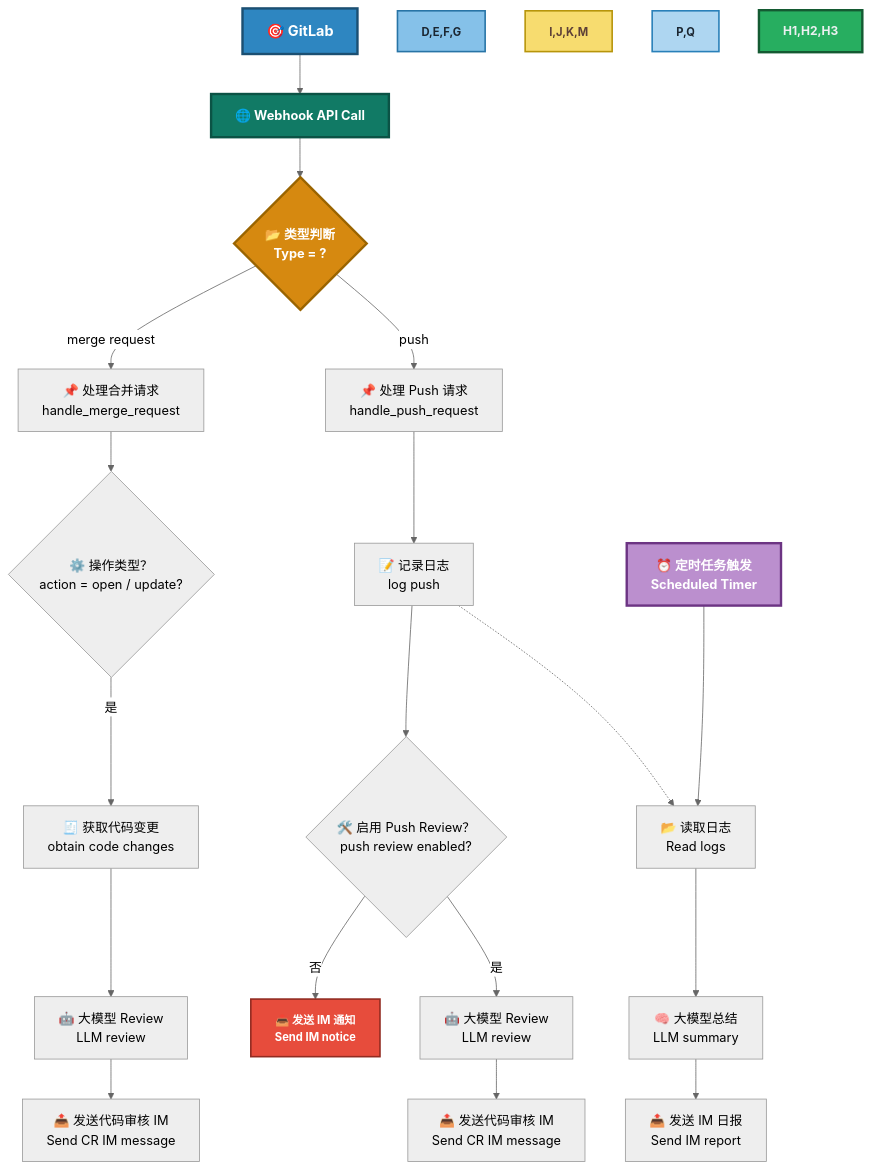
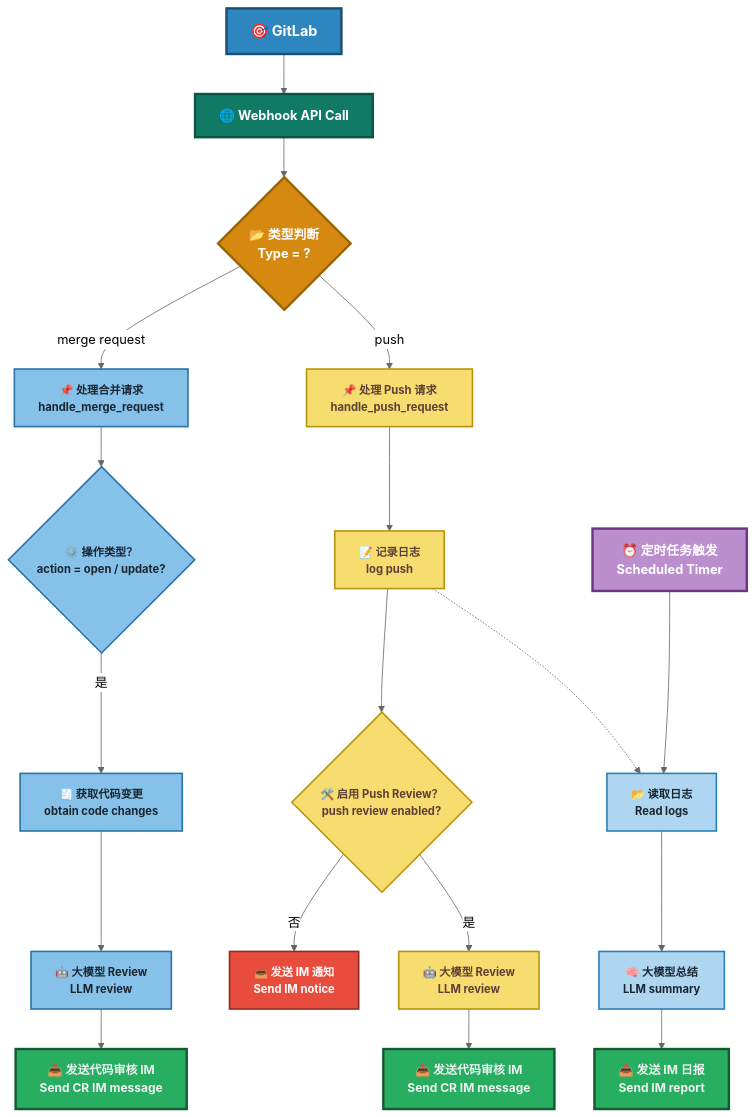
The diagram in PROCESS.md (shuiwujiao/Easy-AI-CodeReview), drawn with Mermaid (neutral theme) before and after one commit. The commit also changed 1 other file, not shown here.

Commit message:
change: 修改env

````diff
--- a/PROCESS.md
+++ b/PROCESS.md
@@ -1,43 +1,55 @@
 ```mermaid
 flowchart TD
     A["🎯 GitLab"] --> B["🌐 Webhook API Call"]
     B --> C{"📂 类型判断<br/>Type = ?"}
     
     %% Merge Request 流程
     C -- "merge request" --> D["📌 处理合并请求<br/>handle_merge_request"]
     D --> E{"⚙️ 操作类型？<br/>action = open / update?"}
     E -- "是" --> F["🧾 获取代码变更<br/>obtain code changes"]
     F --> G["🤖 大模型 Review<br/>LLM review"]
     G --> H1["📤 发送代码审核 IM<br/>Send CR IM message"]
     
     %% Push 流程
     C -- "push" --> I["📌 处理 Push 请求<br/>handle_push_request"]
     I --> J["📝 记录日志<br/>log push"]
     J --> K{"🛠️ 启用 Push Review？<br/>push review enabled?"}
     K -- "否" --> L["📤 发送 IM 通知<br/>Send IM notice"]
     K -- "是" --> M["🤖 大模型 Review<br/>LLM review"]
     M --> H2["📤 发送代码审核 IM<br/>Send CR IM message"]
 
     %% 定时任务流程
     Z["⏰ 定时任务触发<br/>Scheduled Timer"] --> P["📂 读取日志<br/>Read logs"]
     P --> Q["🧠 大模型总结<br/>LLM summary"]
     Q --> H3["📤 发送 IM 日报<br/>Send IM report"]
 
     %% 虚线提示：日志来源
     J -.-> P
 
-    %% 明显颜色区分模块
+    %% 样式统一应用，避免遗漏
     style A fill:#2E86C1,stroke:#1B4F72,stroke-width:3px,color:#FFFFFF,font-weight:bold,font-size:18px
     style B fill:#117A65,stroke:#0B5345,stroke-width:3px,color:#FFFFFF,font-weight:bold,font-size:16px
     style C fill:#D68910,stroke:#9A6400,stroke-width:3px,color:#FFFFFF,font-weight:bold,font-size:16px
 
-    style D,E,F,G fill:#85C1E9,stroke:#2874A6,stroke-width:2px,color:#1B2631,font-weight:bold,font-size:14px
-    style I,J,K,M fill:#F7DC6F,stroke:#B7950B,stroke-width:2px,color:#5D4037,font-weight:bold,font-size:14px
-    style P,Q fill:#AED6F1,stroke:#2980B9,stroke-width:2px,color:#1B2631,font-weight:bold,font-size:14px
+    style D fill:#85C1E9,stroke:#2874A6,stroke-width:2px,color:#1B2631,font-weight:bold,font-size:14px
+    style E fill:#85C1E9,stroke:#2874A6,stroke-width:2px,color:#1B2631,font-weight:bold,font-size:14px
+    style F fill:#85C1E9,stroke:#2874A6,stroke-width:2px,color:#1B2631,font-weight:bold,font-size:14px
+    style G fill:#85C1E9,stroke:#2874A6,stroke-width:2px,color:#1B2631,font-weight:bold,font-size:14px
 
-    style H1,H2,H3 fill:#27AE60,stroke:#145A32,stroke-width:3px,color:#ECF0F1,font-weight:bold,font-size:15px
+    style I fill:#F7DC6F,stroke:#B7950B,stroke-width:2px,color:#5D4037,font-weight:bold,font-size:14px
+    style J fill:#F7DC6F,stroke:#B7950B,stroke-width:2px,color:#5D4037,font-weight:bold,font-size:14px
+    style K fill:#F7DC6F,stroke:#B7950B,stroke-width:2px,color:#5D4037,font-weight:bold,font-size:14px
+    style M fill:#F7DC6F,stroke:#B7950B,stroke-width:2px,color:#5D4037,font-weight:bold,font-size:14px
+
+    style P fill:#AED6F1,stroke:#2980B9,stroke-width:2px,color:#1B2631,font-weight:bold,font-size:14px
+    style Q fill:#AED6F1,stroke:#2980B9,stroke-width:2px,color:#1B2631,font-weight:bold,font-size:14px
+
+    style H1 fill:#27AE60,stroke:#145A32,stroke-width:3px,color:#ECF0F1,font-weight:bold,font-size:15px
+    style H2 fill:#27AE60,stroke:#145A32,stroke-width:3px,color:#ECF0F1,font-weight:bold,font-size:15px
+    style H3 fill:#27AE60,stroke:#145A32,stroke-width:3px,color:#ECF0F1,font-weight:bold,font-size:15px
+
     style L fill:#E74C3C,stroke:#922B21,stroke-width:2px,color:#FFFFFF,font-weight:bold,font-size:14px
 
     style Z fill:#BB8FCE,stroke:#6C3483,stroke-width:3px,color:#FFFFFF,font-weight:bold,font-size:16px
 
 ```
````
